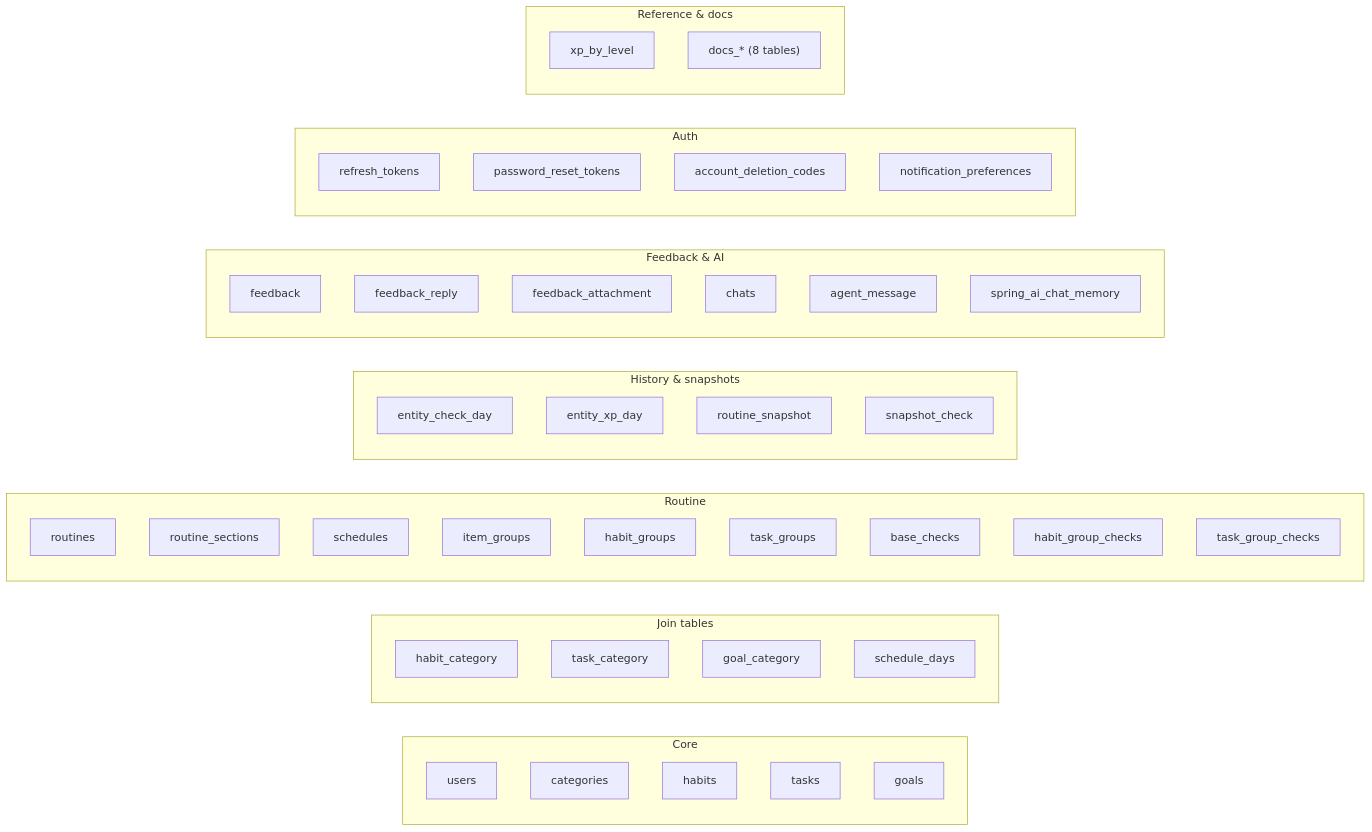
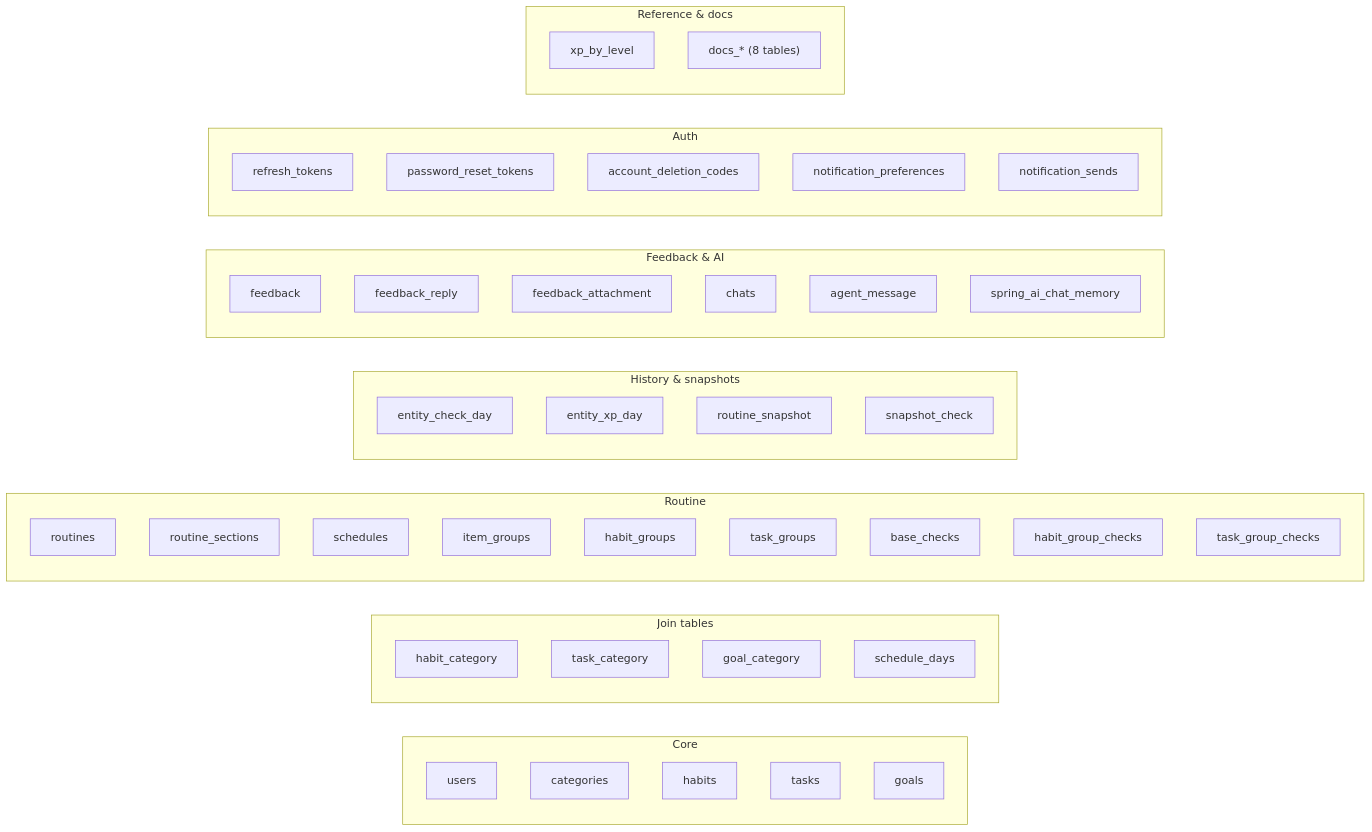
Before and after one commit to AndDev741/Beyou-arch-design: the fifth of 5 diagrams in architecture/domain-model/en.md, drawn with Mermaid. The commit also changed other lines of this file and 5 other files, not shown here.

````diff
--- a/architecture/domain-model/en.md
+++ b/architecture/domain-model/en.md
@@ -372,57 +373,58 @@
 ```mermaid
 flowchart LR
   subgraph core["Core"]
     users
     categories
     habits
     tasks
     goals
   end
 
   subgraph joins["Join tables"]
     habit_category
     task_category
     goal_category
     schedule_days
   end
 
   subgraph routine["Routine"]
     routines
     routine_sections
     schedules
     item_groups
     habit_groups
     task_groups
     base_checks
     habit_group_checks
     task_group_checks
   end
 
   subgraph history["History & snapshots"]
     entity_check_day
     entity_xp_day
     routine_snapshot
     snapshot_check
   end
 
   subgraph support["Feedback & AI"]
     feedback
     feedback_reply
     feedback_attachment
     chats
     agent_message
     spring_ai_chat_memory
   end
 
   subgraph auth["Auth"]
     refresh_tokens
     password_reset_tokens
     account_deletion_codes
     notification_preferences
+    notification_sends
   end
 
   subgraph system["Reference & docs"]
     xp_by_level
     docs_tables["docs_* (8 tables)"]
   end
 ```
````
